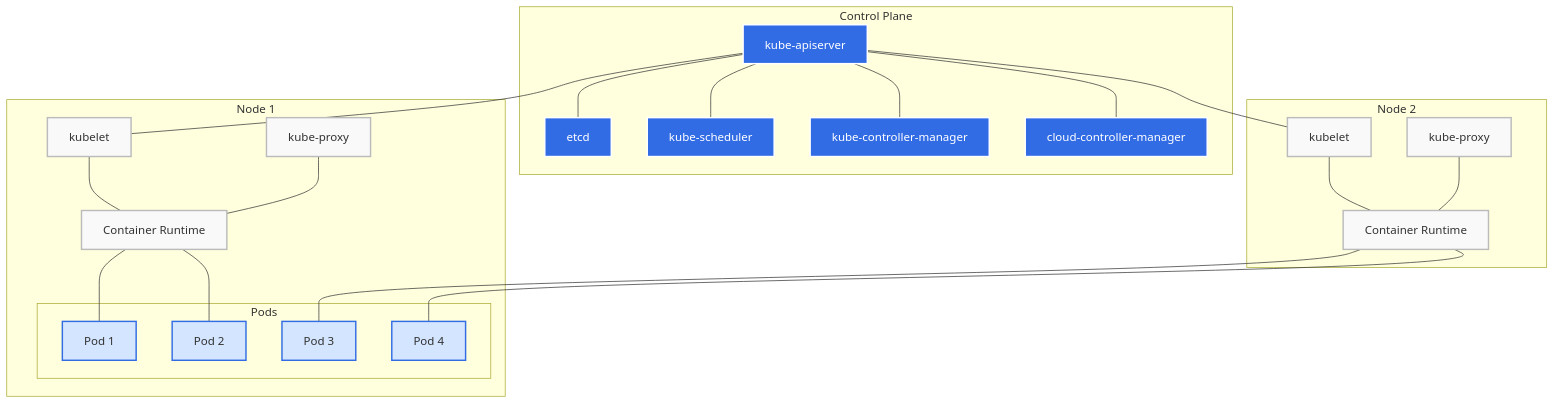
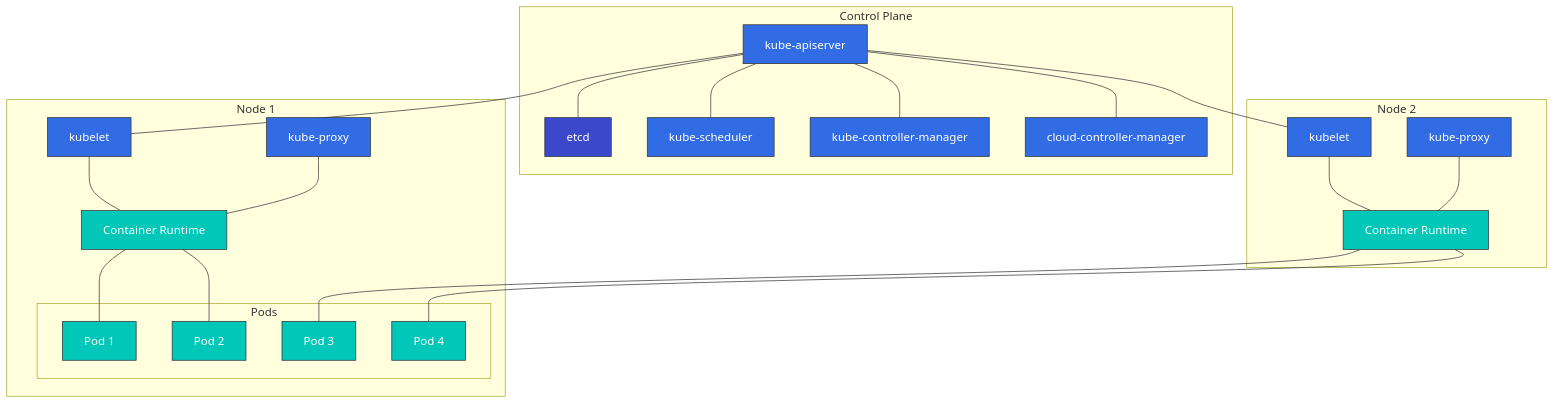
One commit to Atom-oh/kubernetes-docs changed the diagram in basics/03-kubernetes-introduction.md. Above: the diagram before and after it, drawn with Mermaid.

Commit message:
Update Kubernetes introduction diagram with standardized style

````diff
--- a/basics/03-kubernetes-introduction.md
+++ b/basics/03-kubernetes-introduction.md
@@ -120,56 +120,62 @@
 ```mermaid
 graph TB
     subgraph "Control Plane"
         API[kube-apiserver]
         ETCD[etcd]
         SCHED[kube-scheduler]
         CM[kube-controller-manager]
         CCM[cloud-controller-manager]
     end
     
     subgraph "Node 1"
         KLET1[kubelet]
         KPROXY1[kube-proxy]
         CRI1[Container Runtime]
         subgraph "Pods"
             POD1[Pod 1]
             POD2[Pod 2]
         end
     end
     
     subgraph "Node 2"
         KLET2[kubelet]
         KPROXY2[kube-proxy]
         CRI2[Container Runtime]
         subgraph "Pods"
             POD3[Pod 3]
             POD4[Pod 4]
         end
     end
     
     API --- ETCD
     API --- SCHED
     API --- CM
     API --- CCM
     
     API --- KLET1
     API --- KLET2
     
     KLET1 --- CRI1
     KPROXY1 --- CRI1
     CRI1 --- POD1
     CRI1 --- POD2
     
     KLET2 --- CRI2
     KPROXY2 --- CRI2
     CRI2 --- POD3
     CRI2 --- POD4
     
-    classDef controlplane fill:#326ce5,stroke:#fff,stroke-width:2px,color:#fff;
-    classDef node fill:#f9f9f9,stroke:#bbb,stroke-width:2px;
-    classDef pod fill:#d4e5ff,stroke:#326ce5,stroke-width:2px;
+    %% 스타일 정의
+    classDef awsService fill:#FF9900,stroke:#333,stroke-width:1px,color:black;
+    classDef k8sComponent fill:#326CE5,stroke:#333,stroke-width:1px,color:white;
+    classDef userApp fill:#00C7B7,stroke:#333,stroke-width:1px,color:white;
+    classDef dataStore fill:#3B48CC,stroke:#333,stroke-width:1px,color:white;
+    classDef default fill:#f9f9f9,stroke:#333,stroke-width:1px,color:black;
     
-    class API,ETCD,SCHED,CM,CCM controlplane;
-    class KLET1,KPROXY1,CRI1,KLET2,KPROXY2,CRI2 node;
-    class POD1,POD2,POD3,POD4 pod;
+    %% 클래스 적용
+    class API,SCHED,CM,CCM k8sComponent;
+    class ETCD dataStore;
+    class KLET1,KPROXY1,KLET2,KPROXY2 k8sComponent;
+    class CRI1,CRI2 userApp;
+    class POD1,POD2,POD3,POD4 userApp;
 ```
````
